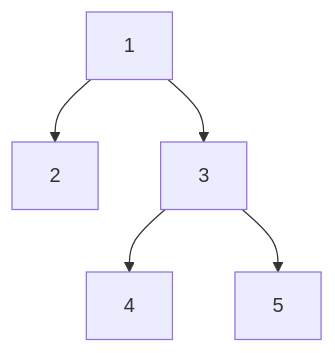
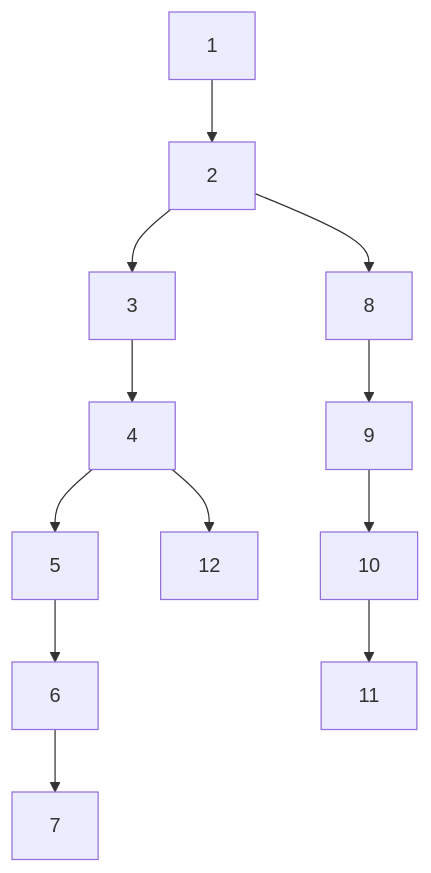
Before and after one commit to vantupham/ebook-lap-trinh-thi-dau: the diagram in tap-3-do-thi-qhd-nang-cao/bai-3-3-cay-lca/README.md, drawn with Mermaid. The commit also changed other lines of this file and 992 other files, not shown here.

````diff
--- a/tap-3-do-thi-qhd-nang-cao/bai-3-3-cay-lca/README.md
+++ b/tap-3-do-thi-qhd-nang-cao/bai-3-3-cay-lca/README.md
@@ -23,7 +30,7 @@
 ```mermaid
 flowchart TD
     1 --> 2
-    1 --> 3
-    3 --> 4
-    3 --> 5
+    2 --> 3 --> 4 --> 5 --> 6 --> 7
+    2 --> 8 --> 9 --> 10 --> 11
+    4 --> 12
 ```
````
